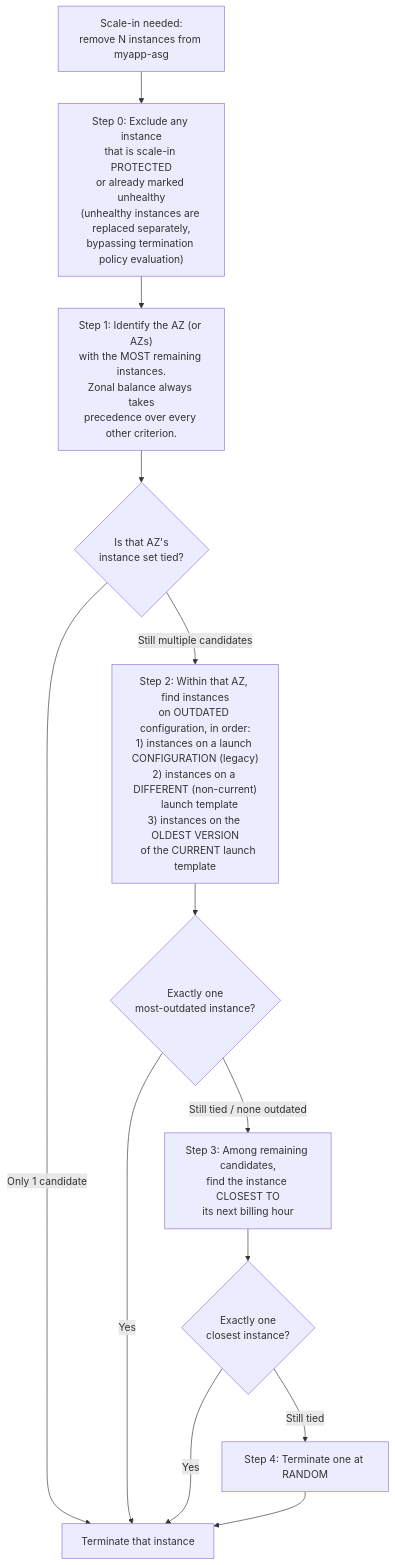
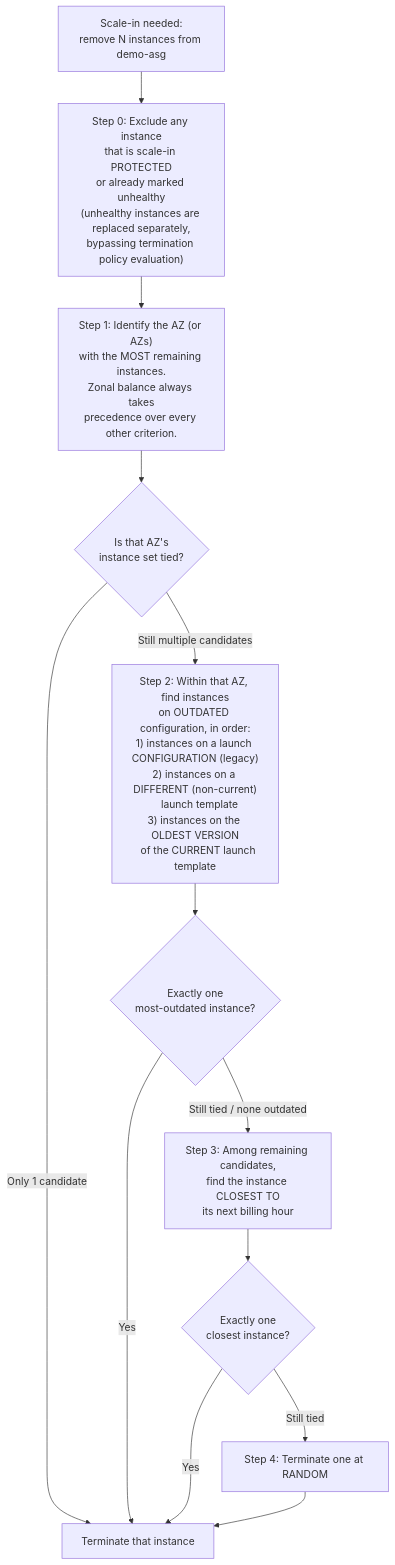
The diagram in EC2/ASG/08-Default-Termination-Policy-HandsOn.md (msdeepak052/AWS_Imp_Concepts), drawn with Mermaid before and after one commit. The commit also changed other lines of this file and 66 other files, not shown here.

````diff
--- a/EC2/ASG/08-Default-Termination-Policy-HandsOn.md
+++ b/EC2/ASG/08-Default-Termination-Policy-HandsOn.md
@@ -26,15 +26,15 @@
 ```mermaid
 flowchart TD
-    A["Scale-in needed:<br/>remove N instances from myapp-asg"] --> B["Step 0: Exclude any instance<br/>that is scale-in PROTECTED<br/>or already marked unhealthy<br/>(unhealthy instances are replaced separately,<br/>bypassing termination policy evaluation)"]
+    A["Scale-in needed:<br/>remove N instances from demo-asg"] --> B["Step 0: Exclude any instance<br/>that is scale-in PROTECTED<br/>or already marked unhealthy<br/>(unhealthy instances are replaced separately,<br/>bypassing termination policy evaluation)"]
     B --> C["Step 1: Identify the AZ (or AZs)<br/>with the MOST remaining instances.<br/>Zonal balance always takes<br/>precedence over every other criterion."]
     C --> D{"Is that AZ's<br/>instance set tied?"}
     D -->|"Only 1 candidate"| Z["Terminate that instance"]
     D -->|"Still multiple candidates"| E["Step 2: Within that AZ, find instances<br/>on OUTDATED configuration, in order:<br/>1) instances on a launch CONFIGURATION (legacy)<br/>2) instances on a DIFFERENT (non-current)<br/>   launch template<br/>3) instances on the OLDEST VERSION<br/>   of the CURRENT launch template"]
     E --> F{"Exactly one<br/>most-outdated instance?"}
     F -->|Yes| Z
     F -->|"Still tied / none outdated"| G["Step 3: Among remaining candidates,<br/>find the instance CLOSEST TO<br/>its next billing hour"]
     G --> H{"Exactly one<br/>closest instance?"}
     H -->|Yes| Z
     H -->|"Still tied"| I["Step 4: Terminate one at RANDOM"]
     I --> Z
 ```
````
